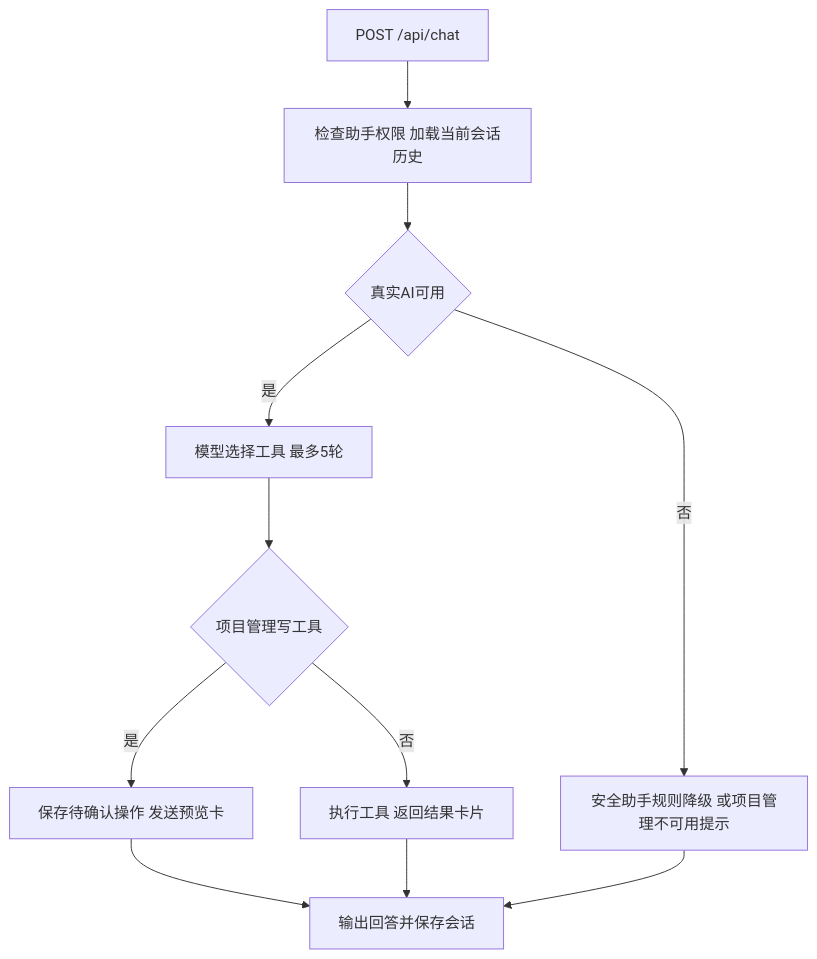
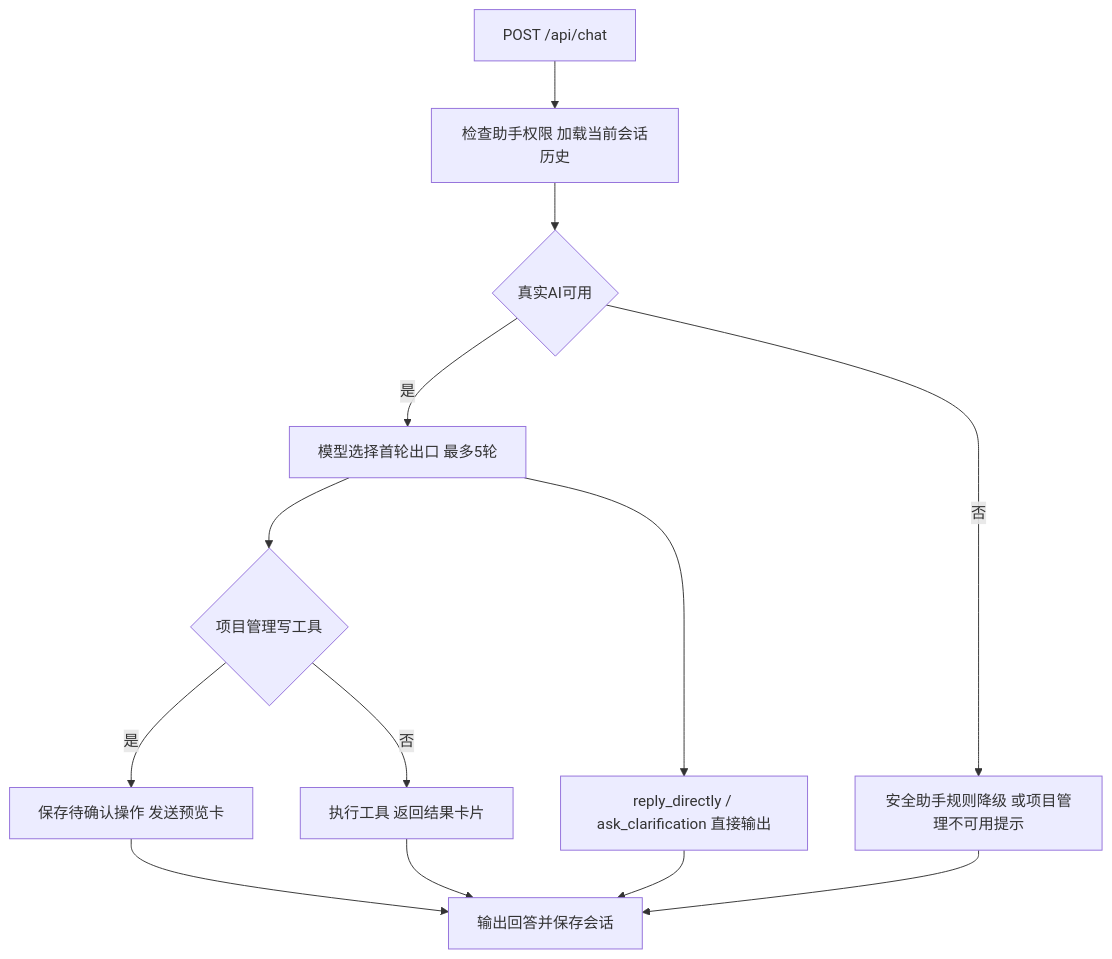
Before and after one commit to pandaadsas/zhuan-cloud: the diagram in docs/智能助手与聊天工作区说明.md, drawn with Mermaid. The commit also changed other lines of this file and 4 other files, not shown here.

First line of the commit message:
docs: 同步依据核验、意图路由与混合检索的文档描述

````diff
--- a/docs/智能助手与聊天工作区说明.md
+++ b/docs/智能助手与聊天工作区说明.md
@@ -34,13 +36,15 @@
 ```mermaid
 flowchart TD
     A[POST /api/chat] --> B[检查助手权限 加载当前会话历史]
     B --> C{真实AI可用}
-    C -->|是| D[模型选择工具 最多5轮]
+    C -->|是| D[模型选择首轮出口 最多5轮]
+    D --> D1[reply_directly / ask_clarification 直接输出]
     D --> E{项目管理写工具}
     E -->|是| F[保存待确认操作 发送预览卡]
     E -->|否| G[执行工具 返回结果卡片]
     F --> H[输出回答并保存会话]
     G --> H
+    D1 --> H
     C -->|否| I[安全助手规则降级 或项目管理不可用提示]
     I --> H
 ```
````
